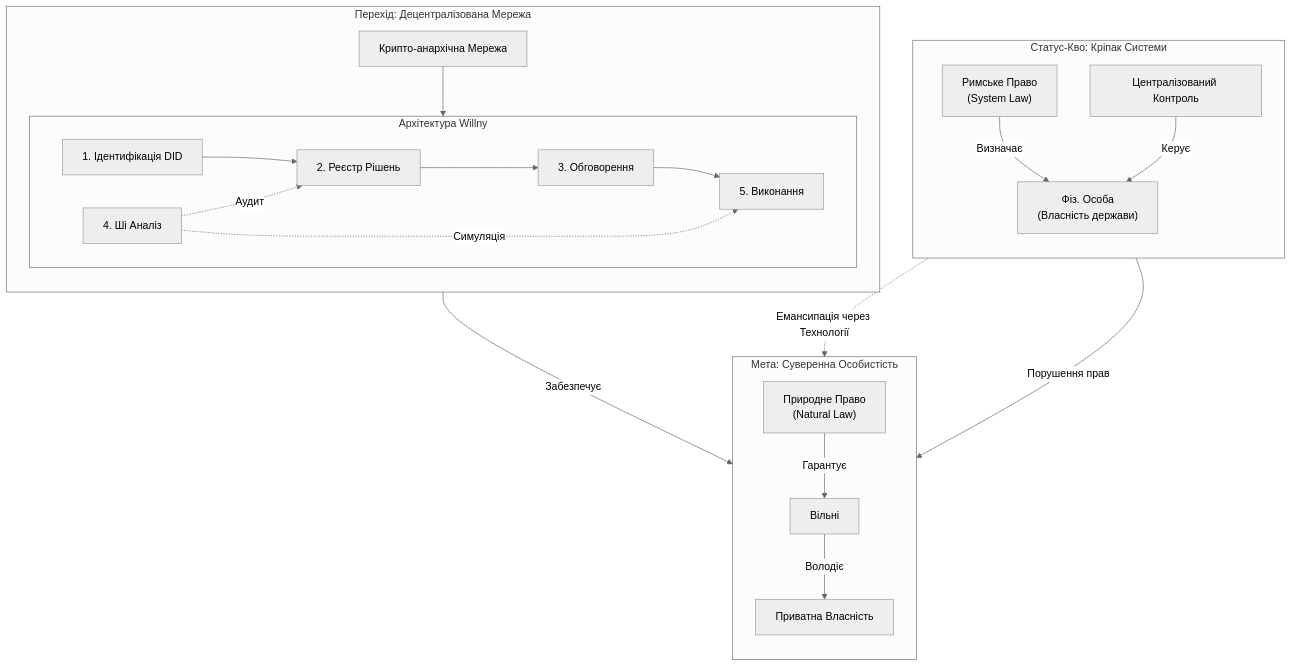
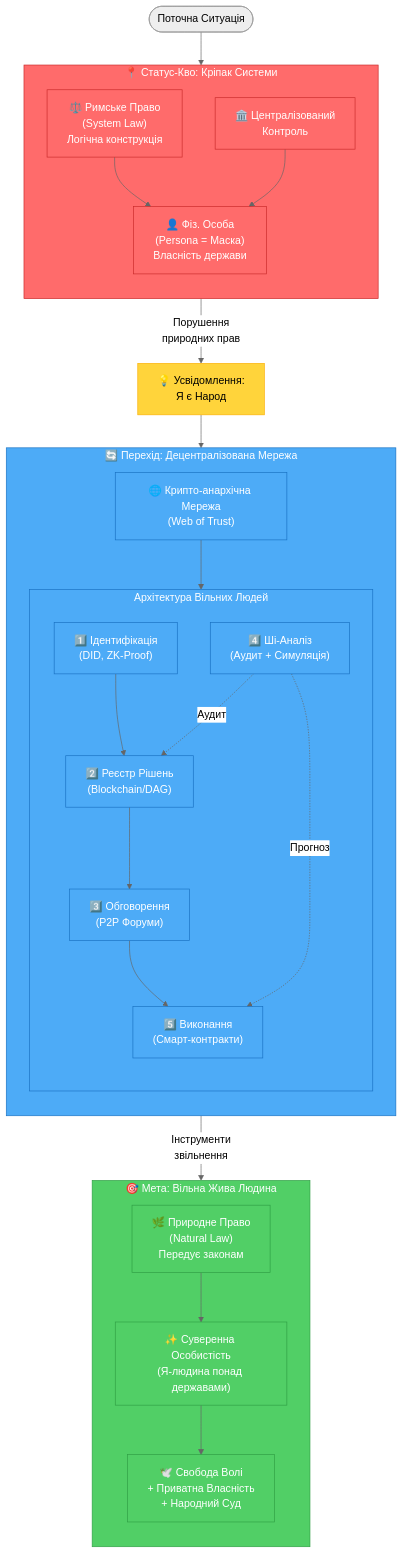
The diagram in README.md (yaro-rasta/willni), drawn with Mermaid (neutral theme) before and after one commit. The commit also changed other lines of this file and 18 other files, not shown here.

````diff
--- a/README.md
+++ b/README.md
@@ -9,52 +9,70 @@
 ```mermaid
-graph TD
-    subgraph Status_Quo [Статус-Кво: Кріпак Системи]
+flowchart TB
+    %% Статус-Кво
+    Start([Поточна Ситуація]) --> StatusQuo
+    
+    subgraph StatusQuo [📍 Статус-Кво: Кріпак Системи]
         direction TB
-        RL["Римське Право<br/>(System Law)"]
-        Person["Фіз. Особа<br/>(Власність держави)"]
-        Central[Централізований Контроль]
+        RL["⚖️ Римське Право<br/>(System Law)<br/>Логічна конструкція"]
+        Person["👤 Фіз. Особа<br/>(Persona = Маска)<br/>Власність держави"]
+        Central["🏛️ Централізований<br/>Контроль"]
         
-        RL -->|Визначає| Person
-        Central -->|Керує| Person
+        RL --> Person
+        Central --> Person
     end
-
-    subgraph Transition [Перехід: Децентралізована Мережа]
+    
+    %% Усвідомлення проблеми
+    StatusQuo -->|Порушення<br/>природних прав| Awareness
+    
+    Awareness["💡 Усвідомлення:<br/>Я є Народ"]
+    
+    %% Перехід
+    Awareness --> Transition
+    
+    subgraph Transition [🔄 Перехід: Децентралізована Мережа]
         direction TB
-        Net[Крипто-анархічна Мережа]
         
-        subgraph Architecture [Архітектура Willny]
-            ID[1. Ідентифікація DID]
-            Reg[2. Реєстр Рішень]
-            Disc[3. Обговорення]
-            AI[4. Ші Аналіз]
-            Exec[5. Виконання]
+        Net["🌐 Крипто-анархічна Мережа<br/>(Web of Trust)"]
+        
+        Net --> Arch
+        
+        subgraph Arch [Архітектура Вільних Людей]
+            direction TB
+            ID["1️⃣ Ідентифікація<br/>(DID, ZK-Proof)"]
+            Reg["2️⃣ Реєстр Рішень<br/>(Blockchain/DAG)"]
+            Disc["3️⃣ Обговорення<br/>(P2P Форуми)"]
+            AI["4️⃣ Ші-Аналіз<br/>(Аудит + Симуляція)"]
+            Exec["5️⃣ Виконання<br/>(Смарт-контракти)"]
             
             ID --> Reg
             Reg --> Disc
             Disc --> Exec
             AI -.->|Аудит| Reg
-            AI -.->|Симуляція| Exec
+            AI -.->|Прогноз| Exec
         end
+    end
+    
+    %% Мета
+    Transition -->|Інструменти<br/>звільнення| Goal
+    
+    subgraph Goal [🎯 Мета: Вільна Жива Людина]
+        direction TB
+        NL["🌿 Природне Право<br/>(Natural Law)<br/>Передує законам"]
+        Sovereign["✨ Суверенна Особистість<br/>(Я-людина понад державами)"]
+        Freedom["🕊️ Свобода Волі<br/>+ Приватна Власність<br/>+ Народний Суд"]
         
-        Net --> Architecture
+        NL --> Sovereign
+        Sovereign --> Freedom
     end
-
-    subgraph Goal [Мета: Суверенна Особистість]
-        direction TB
-        NL["Природне Право<br/>(Natural Law)"]
-        Sovereign[Вільні]
-        Ownership[Приватна Власність]
-        
-        NL -->|Гарантує| Sovereign
-        Sovereign -->|Володіє| Ownership
-    end
-
-    Status_Quo -->|Порушення прав| NL
-    Person -.->|Емансипація через Технології| Sovereign
-    Transition -->|Забезпечує| Goal
     
-    click RL "./law.md" "Читати про правовий фундамент"
-    click NL "./law.md" "Читати про правовий фундамент"
-    click Net "./network.md" "Читати про мережу"
-    click Sovereign "./transition.md" "Читати про перехід"
+    %% Стилі
+    classDef statusClass fill:#ff6b6b,stroke:#c92a2a,color:#fff
+    classDef transitionClass fill:#4dabf7,stroke:#1971c2,color:#fff
+    classDef goalClass fill:#51cf66,stroke:#2f9e44,color:#fff
+    classDef awarenessClass fill:#ffd43b,stroke:#fab005,color:#000
+    
+    class StatusQuo,RL,Person,Central statusClass
+    class Transition,Net,Arch,ID,Reg,Disc,AI,Exec transitionClass
+    class Goal,NL,Sovereign,Freedom goalClass
+    class Awareness awarenessClass
 ```
````
